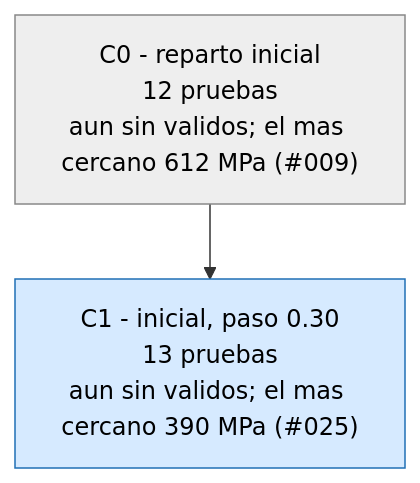
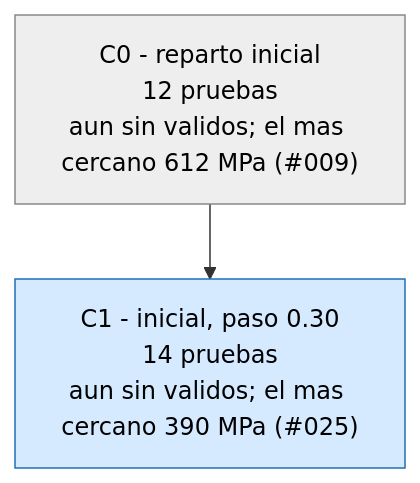
The third of 3 diagrams in runs/opt_37800N/ARBOL.md (Hugiko/msd-soporte-optimizacion), drawn with Mermaid before and after one commit. The commit also changed 19 other files, not shown here.

````diff
--- a/runs/opt_37800N/ARBOL.md
+++ b/runs/opt_37800N/ARBOL.md
@@ -33,9 +33,9 @@
 ```mermaid
 graph TD
 classDef activa fill:#d6eaff,stroke:#1f6fb5,color:#000
 classDef fin fill:#eeeeee,stroke:#888,color:#000
 classDef mejor fill:#c8f0c0,stroke:#1a9850,stroke-width:4px,color:#000
 C0["C0 - reparto inicial<br/>12 pruebas<br/>aun sin validos; el mas cercano 612 MPa (#009)"]:::fin
-C1["C1 - inicial, paso 0.30<br/>13 pruebas<br/>aun sin validos; el mas cercano 390 MPa (#025)"]:::activa
+C1["C1 - inicial, paso 0.30<br/>14 pruebas<br/>aun sin validos; el mas cercano 390 MPa (#025)"]:::activa
 C0 --> C1
 ```
````
